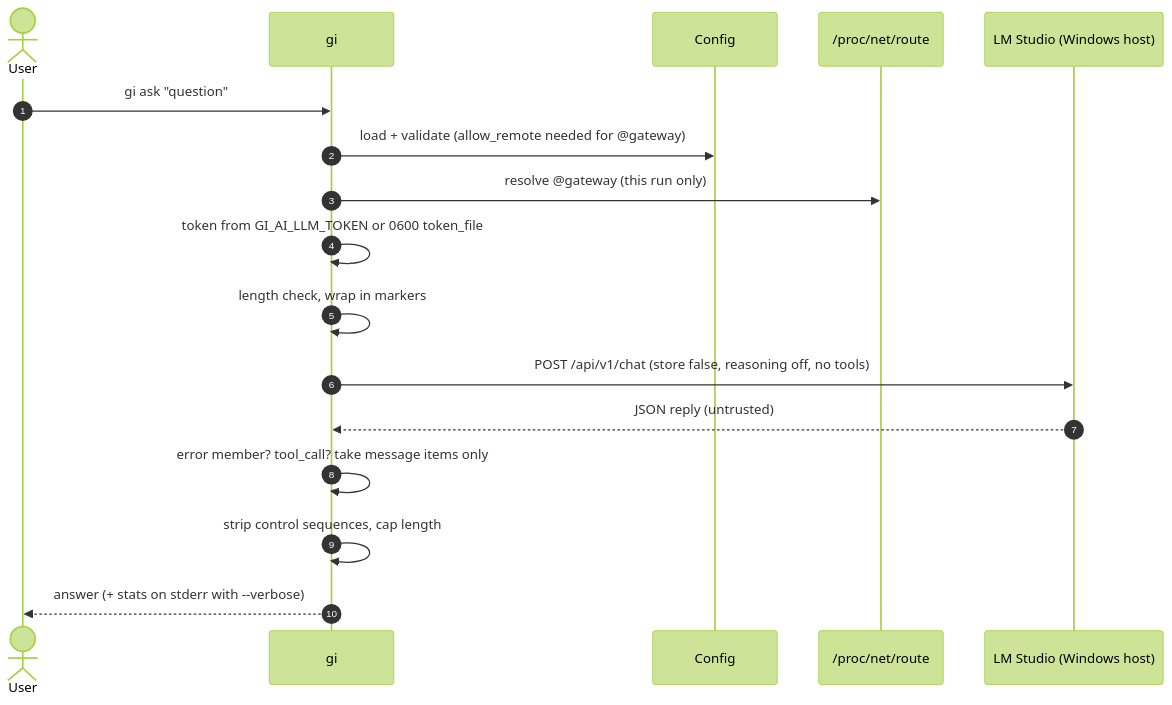
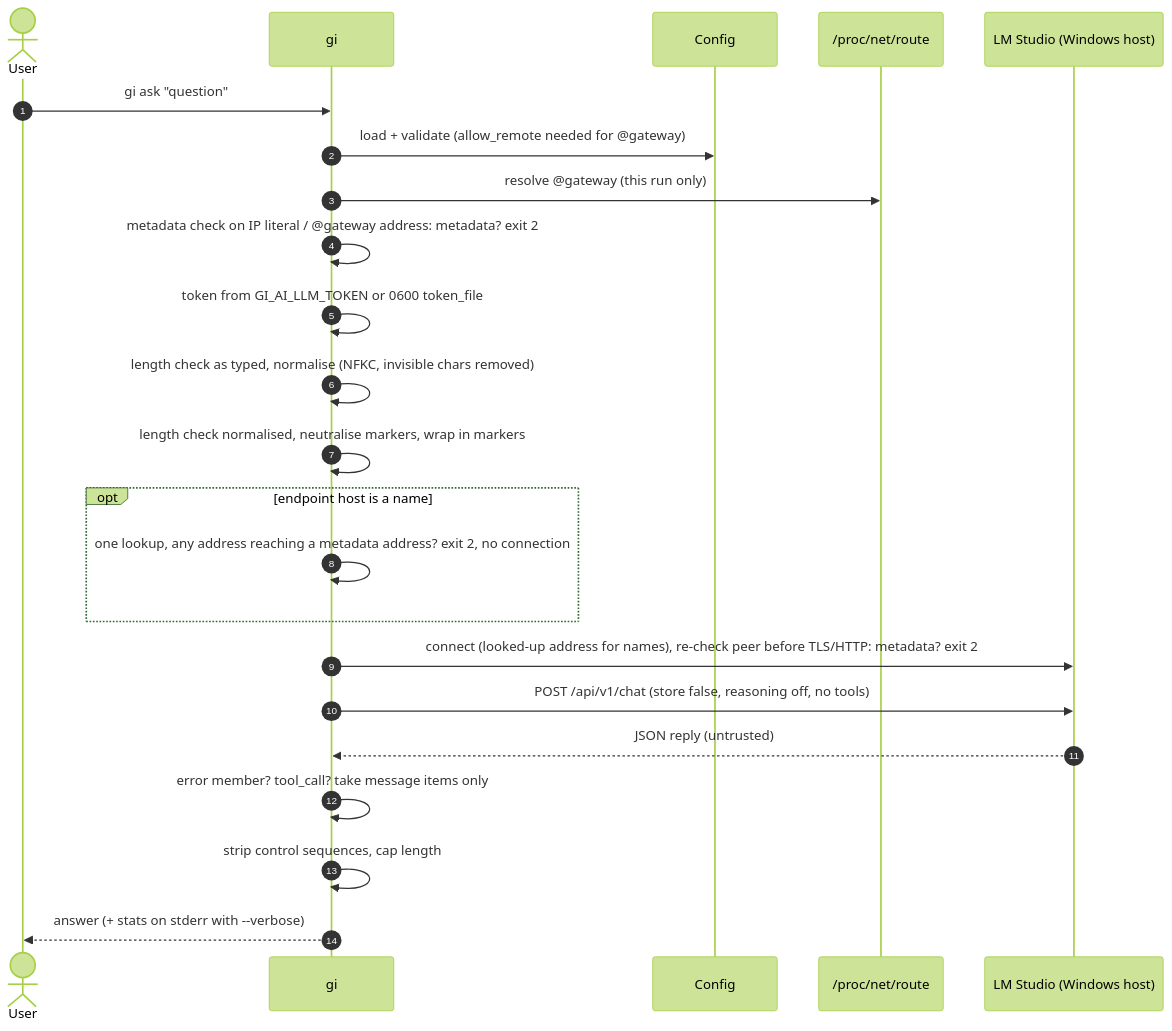
Before and after one commit to VadimBley/gi-ai: the first of 2 diagrams in spec/SPEC-0001-gi-cli-core.md, drawn with Mermaid (forest theme). The commit also changed other lines of this file and 16 other files, not shown here.

````diff
--- a/spec/SPEC-0001-gi-cli-core.md
+++ b/spec/SPEC-0001-gi-cli-core.md
@@ -235,19 +292,25 @@
 ```mermaid
 sequenceDiagram
     autonumber
     actor U as User
     participant G as gi
     participant C as Config
     participant R as /proc/net/route
     participant M as LM Studio (Windows host)
     U->>G: gi ask "question"
     G->>C: load + validate (allow_remote needed for @gateway)
     G->>R: resolve @gateway (this run only)
+    G->>G: metadata check on IP literal / @gateway address: metadata? exit 2
     G->>G: token from GI_AI_LLM_TOKEN or 0600 token_file
-    G->>G: length check, wrap in markers
+    G->>G: length check as typed, normalise (NFKC, invisible chars removed)
+    G->>G: length check normalised, neutralise markers, wrap in markers
+    opt endpoint host is a name
+        G->>G: one lookup, any address reaching a metadata address? exit 2, no connection
+    end
+    G->>M: connect (looked-up address for names), re-check peer before TLS/HTTP: metadata? exit 2
     G->>M: POST /api/v1/chat (store false, reasoning off, no tools)
     M-->>G: JSON reply (untrusted)
     G->>G: error member? tool_call? take message items only
     G->>G: strip control sequences, cap length
     G-->>U: answer (+ stats on stderr with --verbose)
 ```
````
